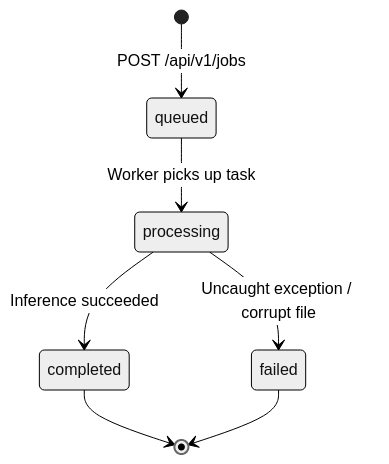
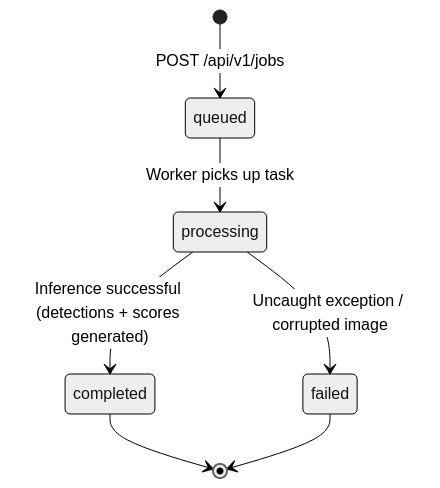
Before and after one commit to MuhammadWaqaass/signIQ: the third of 3 diagrams in docs/CODEBASE_WALKTHROUGH.md, drawn with Mermaid (neutral theme). The commit also changed other lines of this file, not shown here.

First line of the commit message:
docs: complete overhaul of CODEBASE_WALKTHROUGH.md aligning with pure-ONNX architecture

````diff
--- a/docs/CODEBASE_WALKTHROUGH.md
+++ b/docs/CODEBASE_WALKTHROUGH.md
@@ -306,9 +361,9 @@
 ```mermaid
 stateDiagram-v2
     [*] --> queued: POST /api/v1/jobs
     queued --> processing: Worker picks up task
-    processing --> completed: Inference succeeded
-    processing --> failed: Uncaught exception / corrupt file
+    processing --> completed: Inference successful (detections + scores generated)
+    processing --> failed: Uncaught exception / corrupted image
     completed --> [*]
     failed --> [*]
 ```
````
